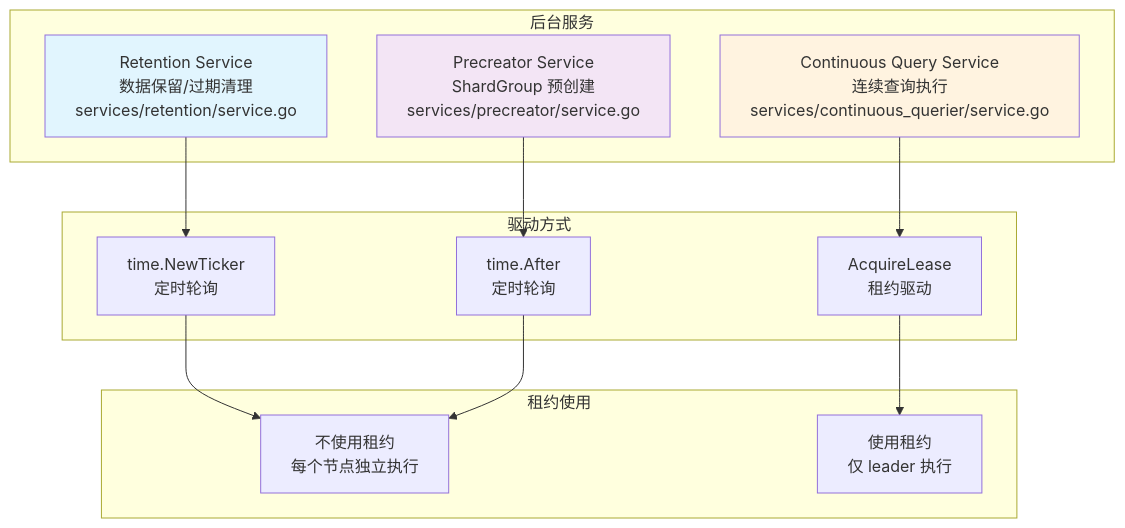
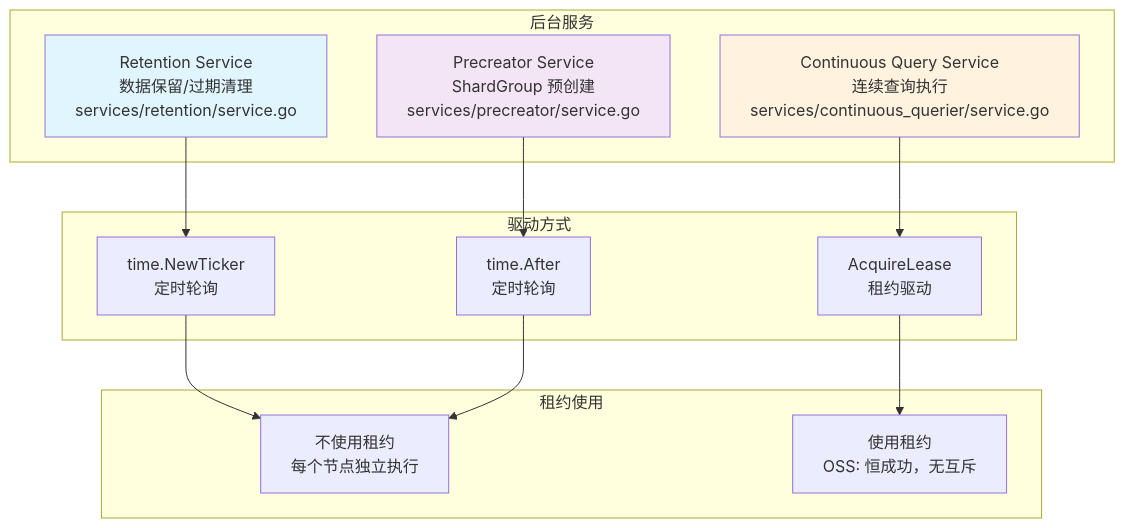
The first of 17 diagrams in docs/specs/12_background_services_spec.md (stefanv5/influxdb), drawn with Mermaid before and after one commit. The commit also changed other lines of this file and 16 other files, not shown here.

First line of the commit message:
docs: correct and deepen the 17 architecture specs

````diff
--- a/docs/specs/12_background_services_spec.md
+++ b/docs/specs/12_background_services_spec.md
@@ -23,27 +23,27 @@
 ```mermaid
 flowchart TB
     subgraph 后台服务
         RetSvc["Retention Service<br/>数据保留/过期清理<br/>services/retention/service.go"]
         PreSvc["Precreator Service<br/>ShardGroup 预创建<br/>services/precreator/service.go"]
         CQSvc["Continuous Query Service<br/>连续查询执行<br/>services/continuous_querier/service.go"]
     end
 
     subgraph 驱动方式
         Ticker["time.NewTicker<br/>定时轮询"]
         TimeAfter["time.After<br/>定时轮询"]
         Lease["AcquireLease<br/>租约驱动"]
     end
 
     subgraph 租约使用
         NoLease["不使用租约<br/>每个节点独立执行"]
-        UsesLease["使用租约<br/>仅 leader 执行"]
+        UsesLease["使用租约<br/>OSS: 恒成功，无互斥"]
     end
 
     RetSvc --> Ticker --> NoLease
     PreSvc --> TimeAfter --> NoLease
     CQSvc --> Lease --> UsesLease
 
     style RetSvc fill:#e1f5fe
     style PreSvc fill:#f3e5f5
     style CQSvc fill:#fff3e0
 ```
````
